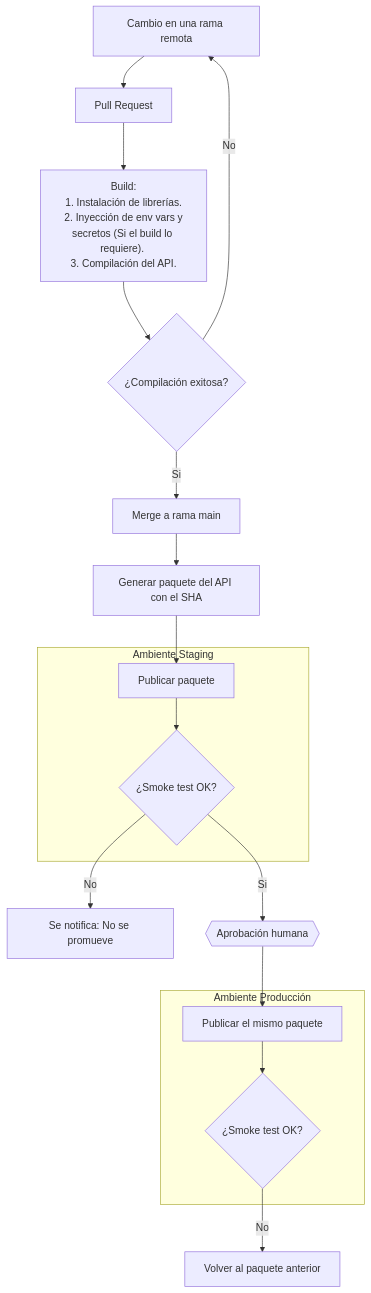
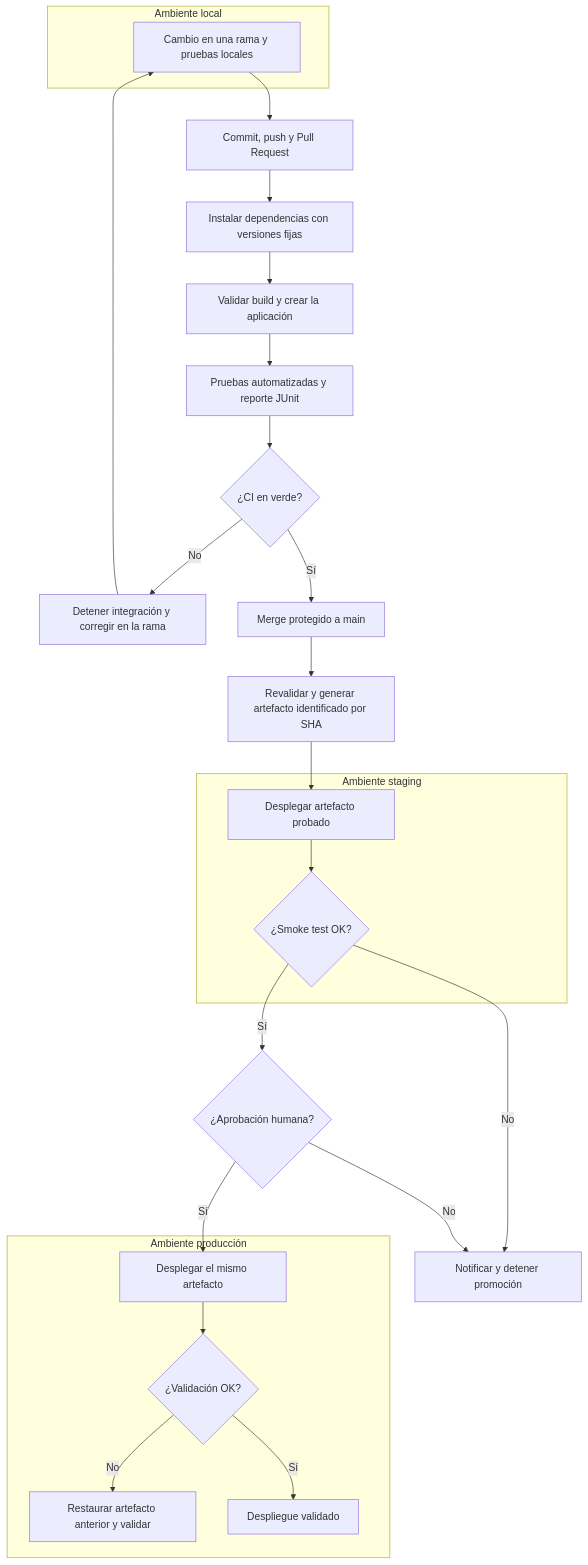
Before and after one commit to garze05/Lab-Api-Tareas: the diagram in docs/mapa-cicd.md, drawn with Mermaid. The commit also changed other lines of this file and 3 other files, not shown here.

````diff
--- a/docs/mapa-cicd.md
+++ b/docs/mapa-cicd.md
@@ -10,22 +10,30 @@
 ```mermaid
 flowchart TD
-    A[Cambio en una rama remota] --> B[Pull Request]
-    B --> C["Build:\n 1. Instalación de librerías. \n 2. Inyección de env vars y secretos (Si el build lo requiere). \n3. Compilación del API."]
-    C --> D{¿Compilación exitosa?}
-    D -- No --> A
-    D -- Si --> E[Merge a rama main]
-    E --> F[Generar paquete del API con el SHA]
-    subgraph staging[Ambiente Staging]
-        G[Publicar paquete]
-        G --> H{¿Smoke test OK?}
+    subgraph local[Ambiente local]
+        A[Cambio en una rama y pruebas locales]
     end
-    F --> G
-    H -- No --> X[Se notifica: No se promueve]
-    H -- Si --> I{{Aprobación humana}}
-    subgraph prod[Ambiente Producción]
-        J[Publicar el mismo paquete]
-        J --> K{¿Smoke test OK?}
+    A --> B[Commit, push y Pull Request]
+    B --> C[Instalar dependencias con versiones fijas]
+    C --> D[Validar build y crear la aplicación]
+    D --> E[Pruebas automatizadas y reporte JUnit]
+    E --> F{¿CI en verde?}
+    F -- No --> X[Detener integración y corregir en la rama]
+    X --> A
+    F -- Sí --> G[Merge protegido a main]
+    G --> H[Revalidar y generar artefacto identificado por SHA]
+    subgraph staging[Ambiente staging]
+        I[Desplegar artefacto probado]
+        I --> J{¿Smoke test OK?}
     end
-    I --> J
-    K -- No --> M[Volver al paquete anterior]
+    H --> I
+    J -- No --> Y[Notificar y detener promoción]
+    J -- Sí --> K{¿Aprobación humana?}
+    K -- No --> Y
+    subgraph prod[Ambiente producción]
+        L[Desplegar el mismo artefacto]
+        L --> M{¿Validación OK?}
+        M -- No --> N[Restaurar artefacto anterior y validar]
+        M -- Sí --> O[Despliegue validado]
+    end
+    K -- Sí --> L
 ```
````
